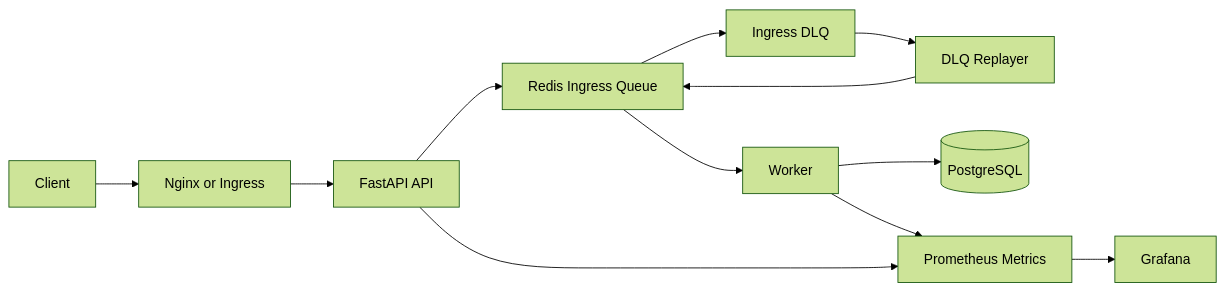
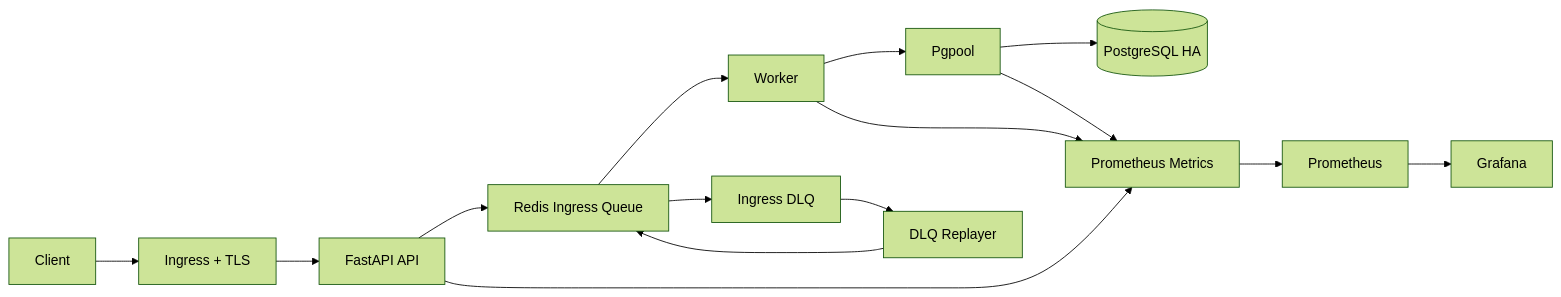
The diagram in README.md (Jangwanko/Cloud_portfolio), drawn with Mermaid (forest theme) before and after one commit. The commit also changed other lines of this file and 15 other files, not shown here.

````diff
--- a/README.md
+++ b/README.md
@@ -31,14 +28,17 @@
 ```mermaid
 flowchart LR
-    C[Client] --> N[Nginx or Ingress]
-    N --> A[FastAPI API]
-    A --> RQ[Redis Ingress Queue]
-    RQ --> W[Worker]
-    RQ --> DLQ[Ingress DLQ]
-    DLQ --> DR[DLQ Replayer]
-    DR --> RQ
-    W --> DB[(PostgreSQL)]
-    W --> M[Prometheus Metrics]
-    A --> M
-    M --> G[Grafana]
+    Client[Client] --> Ingress[Ingress + TLS]
+    Ingress --> API[FastAPI API]
+    API --> Queue[Redis Ingress Queue]
+    Queue --> Worker[Worker]
+    Queue --> DLQ[Ingress DLQ]
+    DLQ --> Replayer[DLQ Replayer]
+    Replayer --> Queue
+    Worker --> Pgpool[Pgpool]
+    Pgpool --> DB[(PostgreSQL HA)]
+    API --> Metrics[Prometheus Metrics]
+    Worker --> Metrics
+    Pgpool --> Metrics
+    Metrics --> Prom[Prometheus]
+    Prom --> Grafana[Grafana]
 ```
````
